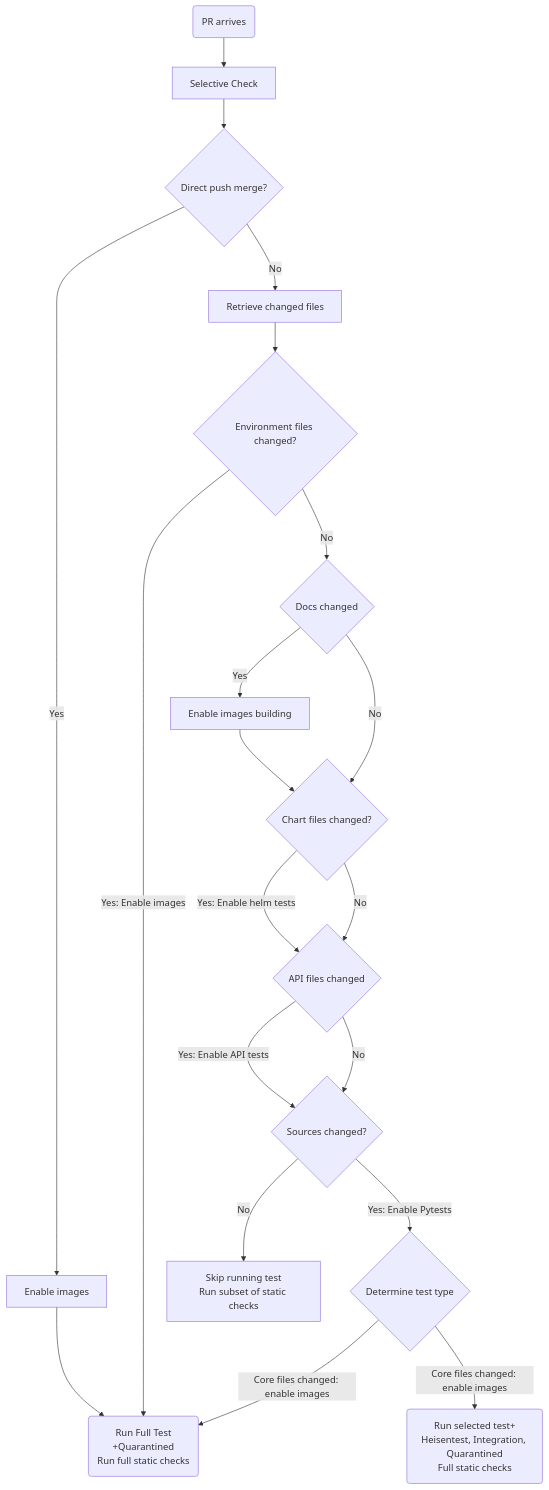
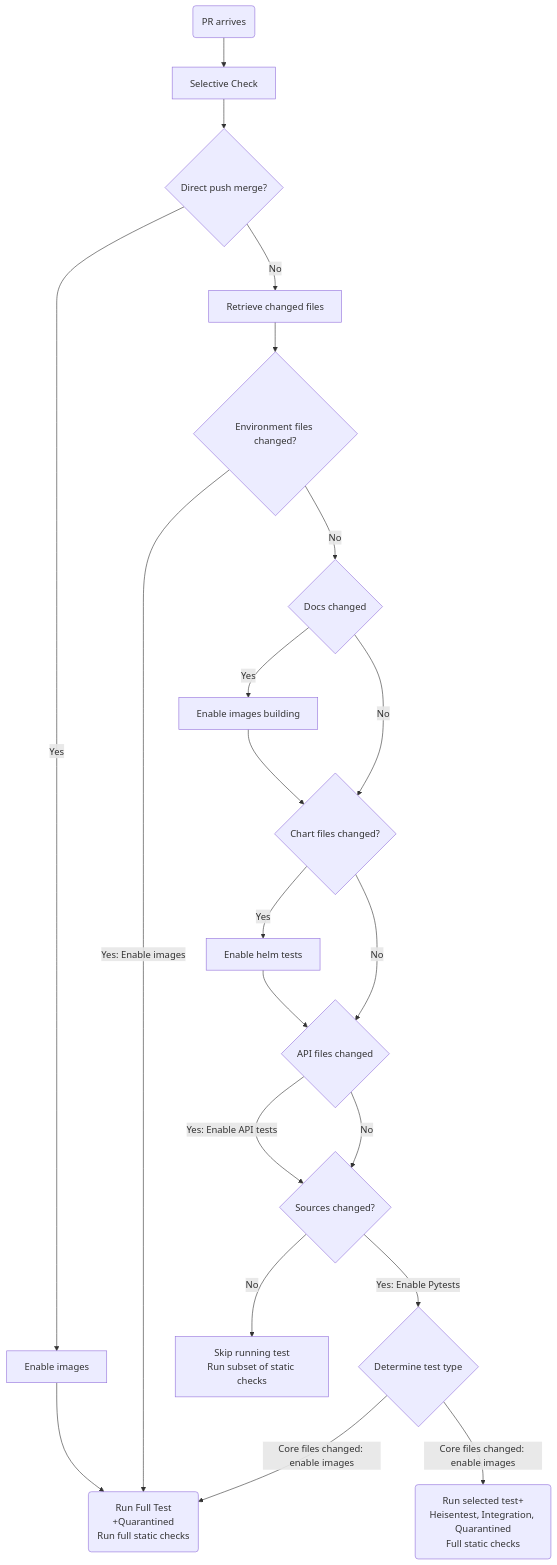
The first of 2 diagrams in README.md (edithturn/golang-training), drawn with Mermaid before and after one commit.

Commit message:
sylish graph

````diff
--- a/README.md
+++ b/README.md
@@ -4,22 +4,23 @@
 ```mermaid
 flowchart TD
 A(PR arrives)-->B[Selective Check]
 B-->C{Direct push merge?}
 C-->|Yes| N[Enable images] 
 N-->D(Run Full Test<br />+Quarantined<br />Run full static checks)
 C-->|No| E[Retrieve changed files]
 E-->F{Environment files changed?}
 F-->|Yes: Enable images| D
 F-->|No| G{Docs changed}
 G-->|Yes| O[Enable images building]
 O-->I{Chart files changed?}
 G-->|No| I
-I-->|Yes: Enable helm tests| J{API files changed}
+I-->|Yes| P[Enable helm tests]
+P-->J{API files changed}
 I-->|No| J
 J-->|Yes: Enable API tests| H{Sources changed?}
 J-->|No| H
 H-->|Yes: Enable Pytests| K{Determine test type}
 K-->|Core files changed: enable images| D
 K-->|Core files changed: enable images| M(Run selected test+<br />Heisentest, Integration, Quarantined<br />Full static checks) 
 H-->|No| L[Skip running test<br />Run subset of static checks]
 ```
````
